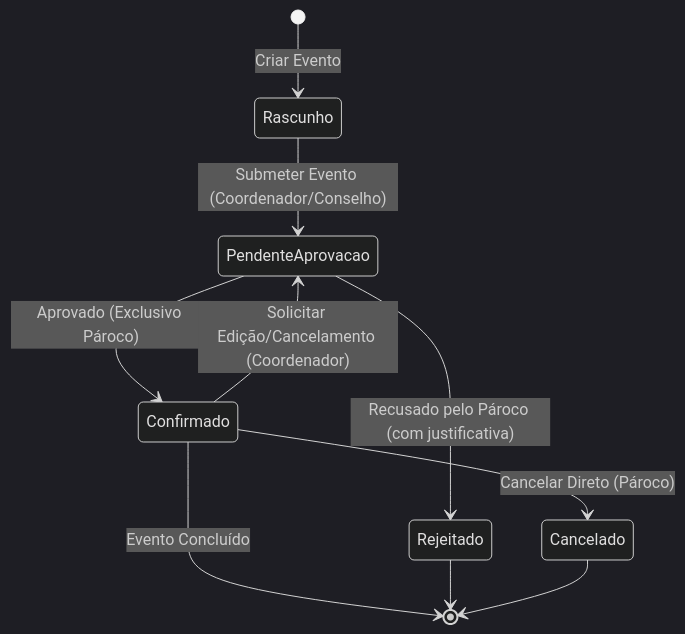
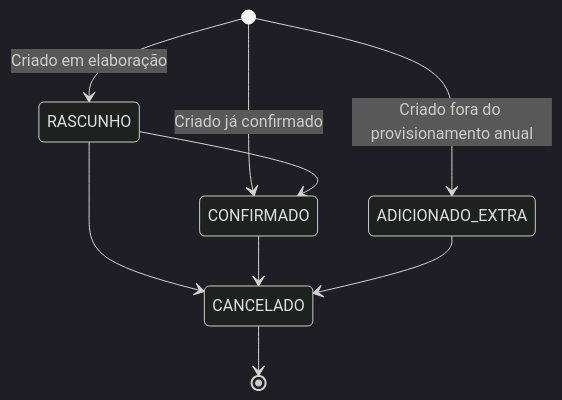
One commit to BrunoLV/paroquia changed the diagram in docs/business-rules/calendario.md. Above: the diagram before and after it, drawn with Mermaid (dark theme). The commit also changed other lines of this file and 283 other files, not shown here.

````diff
--- a/docs/business-rules/calendario.md
+++ b/docs/business-rules/calendario.md
@@ -49,12 +58,11 @@
 ```mermaid
 stateDiagram-v2
-    [*] --> Rascunho : Criar Evento
-    Rascunho --> PendenteAprovacao : Submeter Evento (Coordenador/Conselho)
-    PendenteAprovacao --> Confirmado : Aprovado (Exclusivo Pároco)
-    PendenteAprovacao --> Rejeitado : Recusado pelo Pároco (com justificativa)
-    Confirmado --> PendenteAprovacao : Solicitar Edição/Cancelamento (Coordenador)
-    Confirmado --> Cancelado : Cancelar Direto (Pároco)
-    Confirmado --> [*] : Evento Concluído
-    Rejeitado --> [*]
-    Cancelado --> [*]
+    [*] --> RASCUNHO : Criado em elaboração
+    [*] --> CONFIRMADO : Criado já confirmado
+    [*] --> ADICIONADO_EXTRA : Criado fora do provisionamento anual
+    RASCUNHO --> CONFIRMADO
+    RASCUNHO --> CANCELADO
+    CONFIRMADO --> CANCELADO
+    ADICIONADO_EXTRA --> CANCELADO
+    CANCELADO --> [*]
 ```
````
